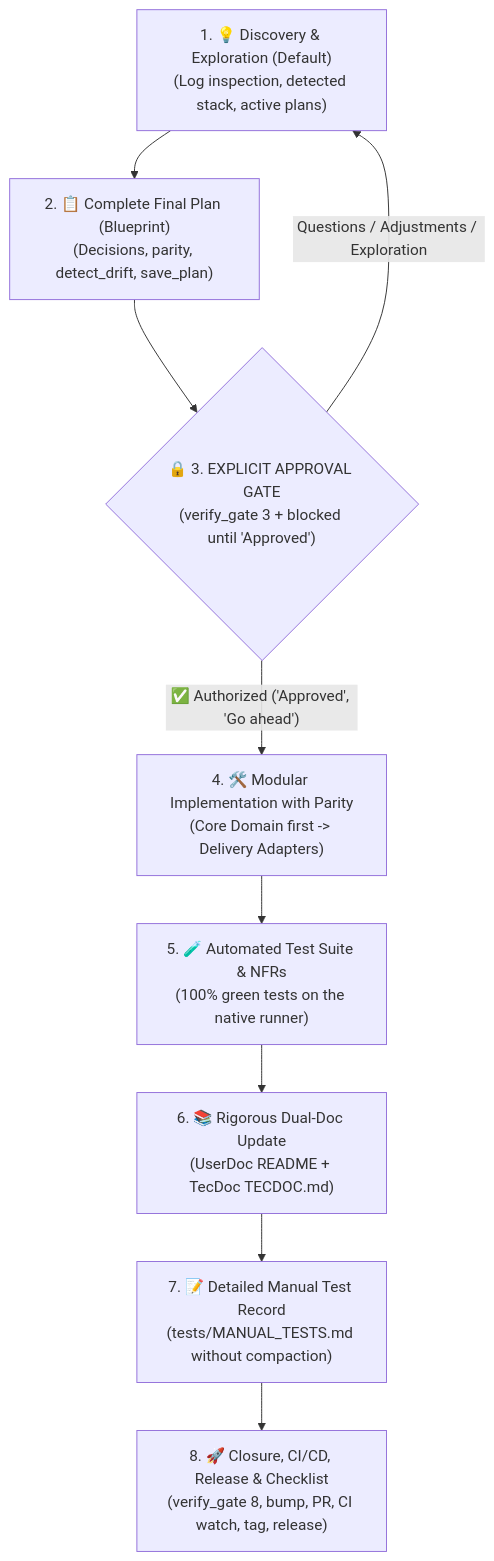
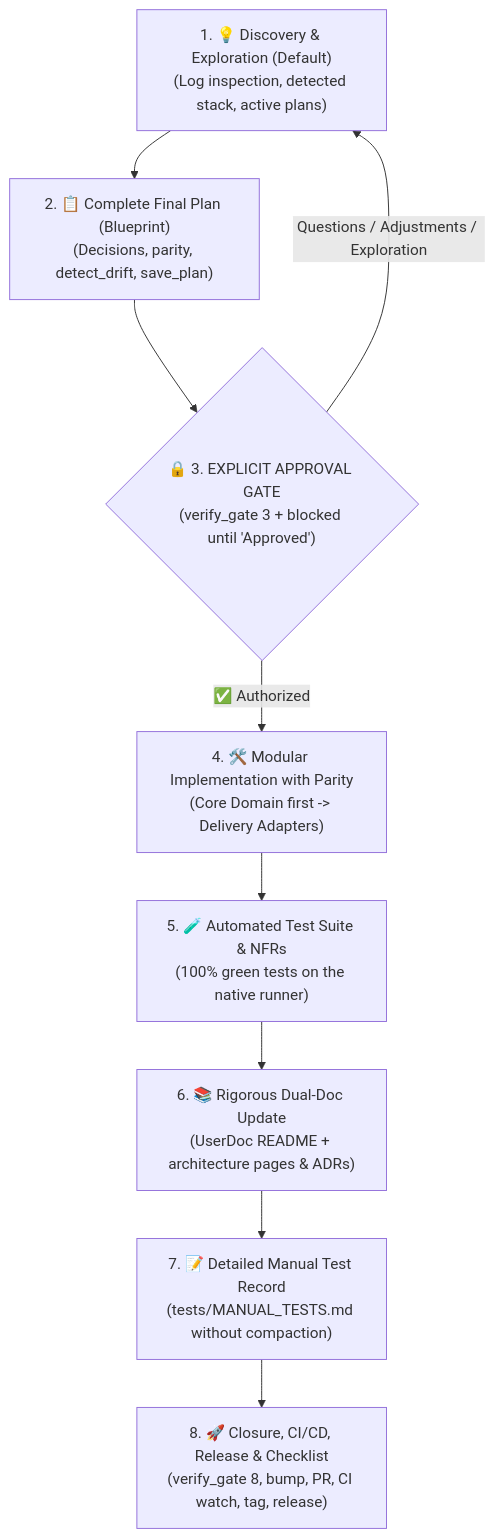
Before and after one commit to Levix-Digital/ai-code-agent-skills: the diagram in dev-cycle-protocol/SKILL.md, drawn with Mermaid. The commit also changed other lines of this file and 13 other files, not shown here.

First line of the commit message:
feat(architecture-docs): new skill for clean, current technical documentation

````diff
--- a/dev-cycle-protocol/SKILL.md
+++ b/dev-cycle-protocol/SKILL.md
@@ -86,11 +87,11 @@
 ```mermaid
 graph TD
     A["1. 💡 Discovery & Exploration (Default)<br/>(Log inspection, detected stack, active plans)"] --> B["2. 📋 Complete Final Plan (Blueprint)<br/>(Decisions, parity, detect_drift, save_plan)"]
     B --> C{"🔒 3. EXPLICIT APPROVAL GATE<br/>(verify_gate 3 + blocked until 'Approved')"}
     C -- "Questions / Adjustments / Exploration" --> A
-    C -- "✅ Authorized ('Approved', 'Go ahead')" --> D["4. 🛠️ Modular Implementation with Parity<br/>(Core Domain first -> Delivery Adapters)"]
+    C -- "✅ Authorized" --> D["4. 🛠️ Modular Implementation with Parity<br/>(Core Domain first -> Delivery Adapters)"]
     D --> E["5. 🧪 Automated Test Suite & NFRs<br/>(100% green tests on the native runner)"]
-    E --> F["6. 📚 Rigorous Dual-Doc Update<br/>(UserDoc README + TecDoc TECDOC.md)"]
+    E --> F["6. 📚 Rigorous Dual-Doc Update<br/>(UserDoc README + architecture pages & ADRs)"]
     F --> G["7. 📝 Detailed Manual Test Record<br/>(tests/MANUAL_TESTS.md without compaction)"]
     G --> H["8. 🚀 Closure, CI/CD, Release & Checklist<br/>(verify_gate 8, bump, PR, CI watch, tag, release)"]
 ```
````
